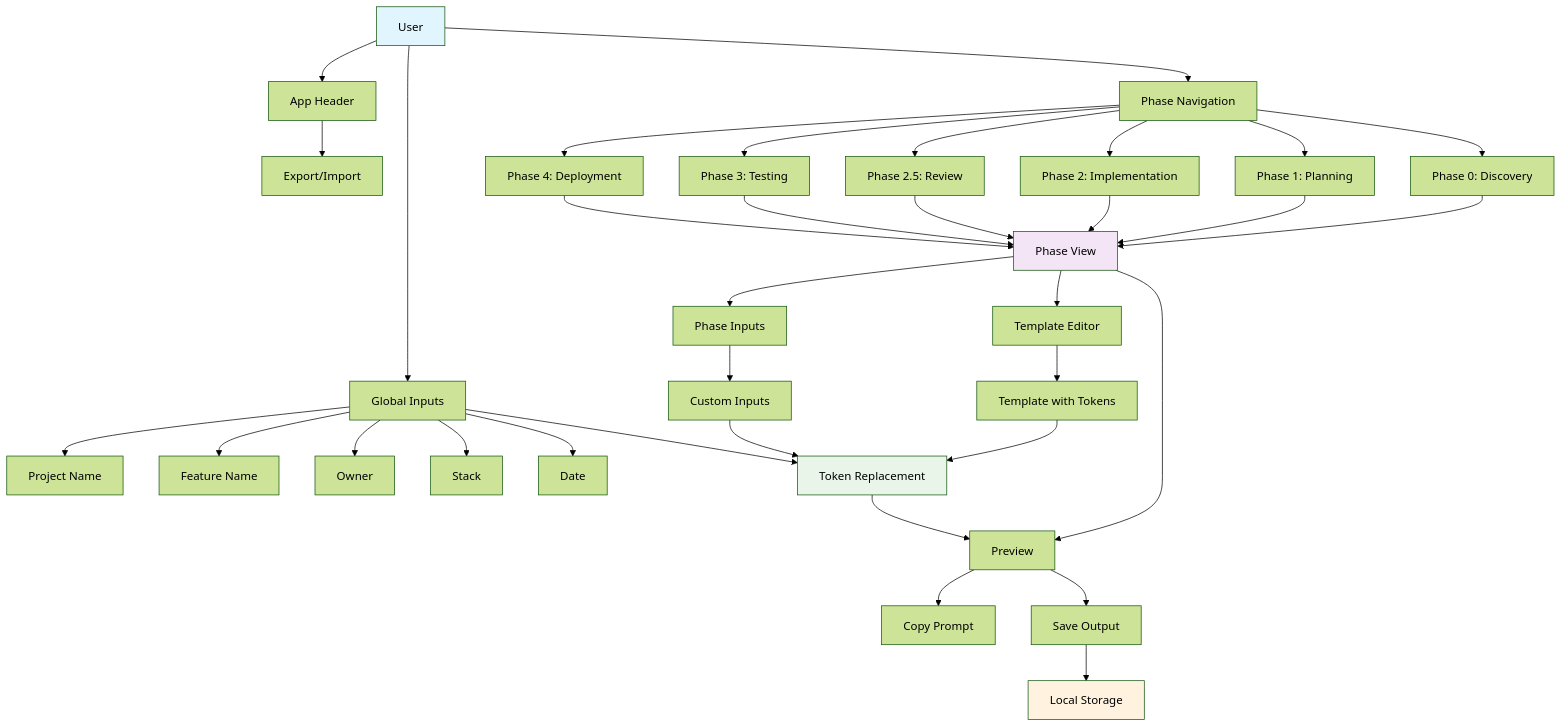
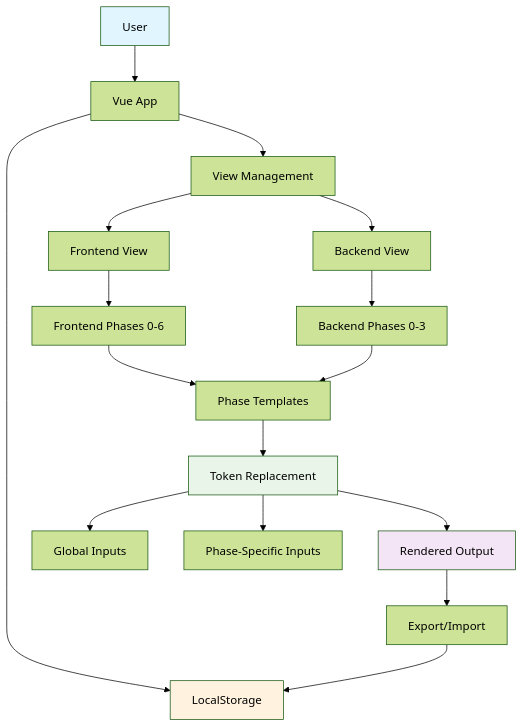
Before and after one commit to Slavo775/prompt_builder: the first of 3 diagrams in COMPREHENSIVE_ANALYSIS.md, drawn with Mermaid (forest theme). The commit also changed other lines of this file and 10 other files, not shown here.

````diff
--- a/COMPREHENSIVE_ANALYSIS.md
+++ b/COMPREHENSIVE_ANALYSIS.md
@@ -38,47 +9,28 @@
 ```mermaid
-graph TD
-    A[User] --> B[App Header]
-    B --> C[Export/Import]
+flowchart TB
+    User[User] --> App[Vue App]
+    App --> Storage[LocalStorage]
+    App --> Views[View Management]
 
-    A --> D[Phase Navigation]
-    D --> E[Phase 0: Discovery]
-    D --> F[Phase 1: Planning]
-    D --> G[Phase 2: Implementation]
-    D --> H[Phase 2.5: Review]
-    D --> I[Phase 3: Testing]
-    D --> J[Phase 4: Deployment]
+    Views --> Frontend[Frontend View]
+    Views --> Backend[Backend View]
 
-    A --> K[Global Inputs]
-    K --> L[Project Name]
-    K --> M[Feature Name]
-    K --> N[Owner]
-    K --> O[Stack]
-    K --> P[Date]
+    Frontend --> FPhases[Frontend Phases 0-6]
+    Backend --> BPhases[Backend Phases 0-3]
 
-    E --> Q[Phase View]
-    F --> Q
-    G --> Q
-    H --> Q
-    I --> Q
-    J --> Q
+    FPhases --> Templates[Phase Templates]
+    BPhases --> Templates
 
-    Q --> R[Template Editor]
-    Q --> S[Phase Inputs]
-    Q --> T[Preview]
+    Templates --> TokenEngine[Token Replacement]
+    TokenEngine --> GlobalInputs[Global Inputs]
+    TokenEngine --> PhaseInputs[Phase-Specific Inputs]
 
-    R --> U[Template with Tokens]
-    S --> V[Custom Inputs]
-    U --> W[Token Replacement]
-    V --> W
-    K --> W
-    W --> T
+    TokenEngine --> Output[Rendered Output]
+    Output --> Export[Export/Import]
+    Export --> Storage
 
-    T --> X[Copy Prompt]
-    T --> Y[Save Output]
-    Y --> Z[Local Storage]
-
-    style A fill:#e1f5fe
-    style Q fill:#f3e5f5
-    style W fill:#e8f5e8
-    style Z fill:#fff3e0
+    style User fill:#e1f5fe
+    style TokenEngine fill:#e8f5e8
+    style Storage fill:#fff3e0
+    style Output fill:#f3e5f5
 ```
````
